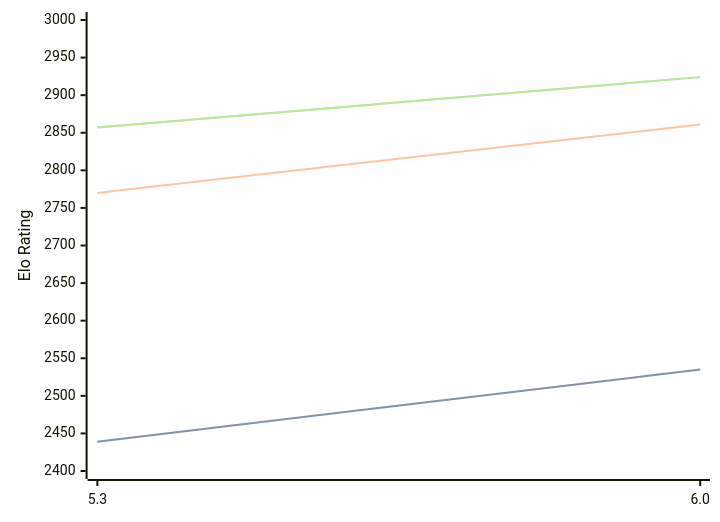
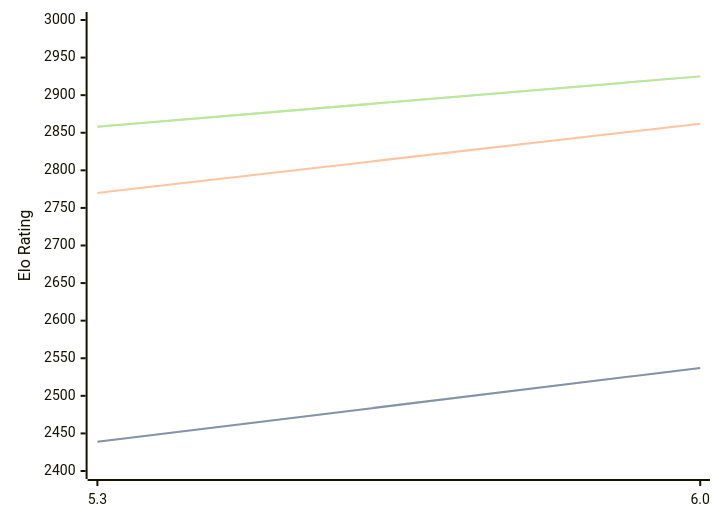
One commit to computer-chess-index/cci changed the diagram in engines/tomitankChess.md. Above: the diagram before and after it, drawn with Mermaid. The commit also changed other lines of this file, not shown here.

Commit message:
Update CCI Ratings (ELO VLTC) - 2026-05-14

````diff
--- a/engines/tomitankChess.md
+++ b/engines/tomitankChess.md
@@ -40,11 +40,11 @@
 ```mermaid
 %%{init: {"theme":"base","themeVariables":{"seriesColors:['#a3a3a3','#222221','#faa371']}}}%%
 xychart-beta
   x-axis ["5.3", "6.0"]
   y-axis "Elo Rating" 2400 --> 3000
-  line "STC (8.0+0.08s)" [2439, 2535]
-  line "STC (8.0+0.08s)" [2439, 2535]
-  line "LTC (60.0+0.60s)" [2770, 2861]
-  line "VLTC (2m24s+1.12s)" [2857, 2924]
-  line "VLTC (2m24s+1.12s)" [2857, 2924]
+  line "STC (8.0+0.08s)" [2439, 2537]
+  line "STC (8.0+0.08s)" [2439, 2537]
+  line "LTC (60.0+0.60s)" [2770, 2862]
+  line "VLTC (2m24s+1.12s)" [2858, 2925]
+  line "VLTC (2m24s+1.12s)" [2858, 2925]
 ```
````
